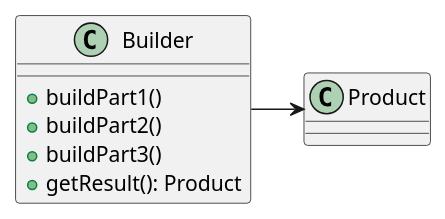
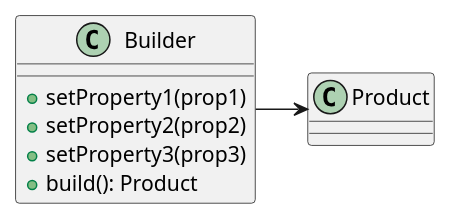
Before and after one commit to mengxianbin/cs-notes: the diagram in Design/Design Patterns/Creational Patterns/Builder.md, drawn with PlantUML.

Commit message:
feat(design): update builder pattern

````diff
--- a/Design/Design Patterns/Creational Patterns/Builder.md
+++ b/Design/Design Patterns/Creational Patterns/Builder.md
@@ -1,18 +1,18 @@
 ```puml
 @startuml
 
 class Builder {
-    + buildPart1()
-    + buildPart2()
-    + buildPart3()
-    + getResult(): Product
+    + setProperty1(prop1)
+    + setProperty2(prop2)
+    + setProperty3(prop3)
+    + build(): Product
 }
 
 class Product {
 
 }
 
 Builder -> Product
 
 @enduml
 ```
````
